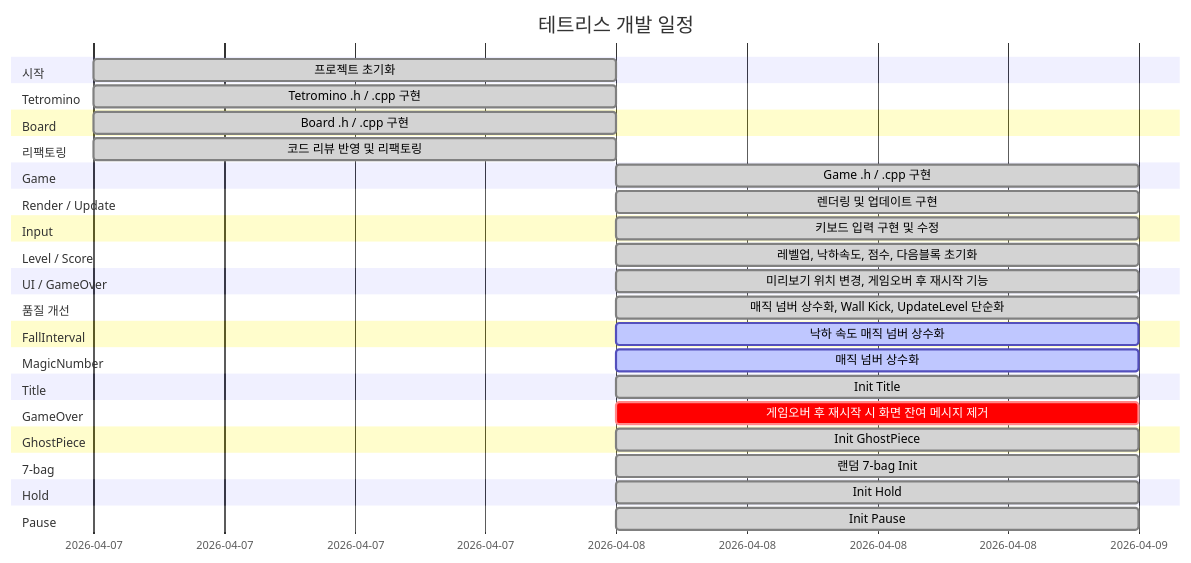
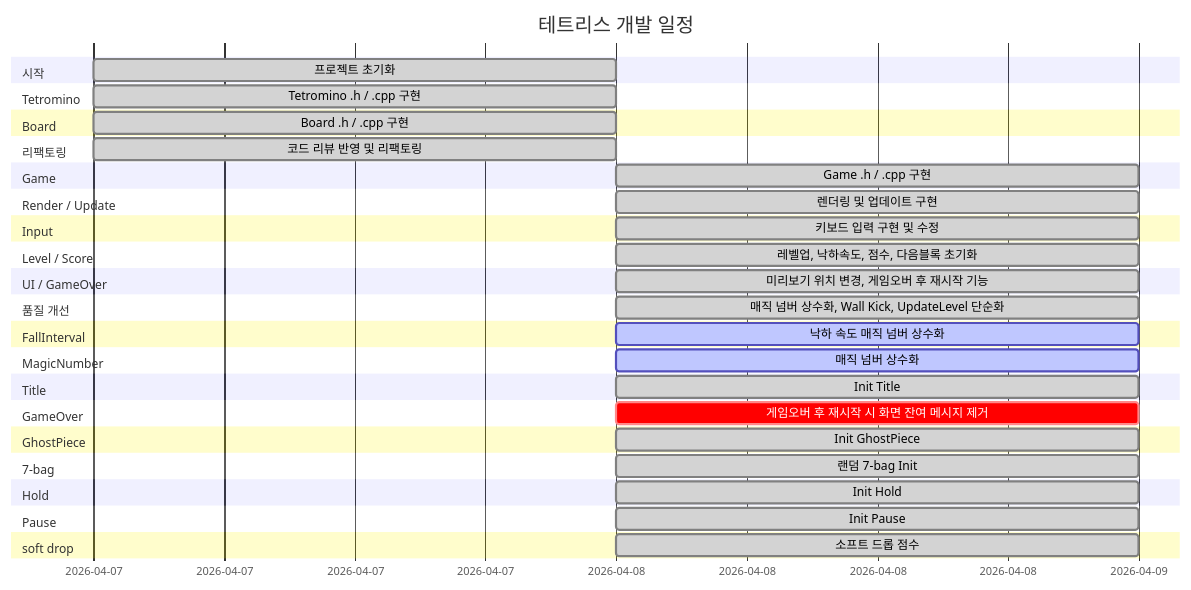
Before and after one commit to Chance031/Tetris-cpp: the diagram in README.md, drawn with Mermaid. The commit also changed other lines of this file, not shown here.

Commit message:
docs: README 자동 업데이트 [skip ci]

````diff
--- a/README.md
+++ b/README.md
@@ -27,41 +27,43 @@
 ```mermaid
 gantt
     title 테트리스 개발 일정
     dateFormat YYYY-MM-DD
     section 시작
         프로젝트 초기화 :done, init, 2026-04-07, 1d
     section Tetromino
         Tetromino .h / .cpp 구현 :done, t16803, 2026-04-07, 1d
     section Board
         Board .h / .cpp 구현 :done, t84048, 2026-04-07, 1d
     section 리팩토링
         코드 리뷰 반영 및 리팩토링 :done, refactor, 2026-04-07, 1d
     section Game
         Game .h / .cpp 구현 :done, t91896, 2026-04-08, 1d
     section Render / Update
         렌더링 및 업데이트 구현 :done, t47867, 2026-04-08, 1d
     section Input
         키보드 입력 구현 및 수정 :done, t8258, 2026-04-08, 1d
     section Level / Score
         레벨업, 낙하속도, 점수, 다음블록 초기화 :done, t44367, 2026-04-08, 1d
     section UI / GameOver
         미리보기 위치 변경, 게임오버 후 재시작 기능 :done, t55123, 2026-04-08, 1d
     section 품질 개선
         매직 넘버 상수화, Wall Kick, UpdateLevel 단순화 :done, t66234, 2026-04-08, 1d
     section FallInterval
         낙하 속도 매직 넘버 상수화 :active, t66782, 2026-04-08, 1d
     section MagicNumber
         매직 넘버 상수화 :active, t23180, 2026-04-08, 1d
     section Title
         Init Title :done, t45140, 2026-04-08, 1d
     section GameOver
         게임오버 후 재시작 시 화면 잔여 메시지 제거 :crit, t96693, 2026-04-08, 1d
     section GhostPiece
         Init GhostPiece :done, t88826, 2026-04-08, 1d
     section 7-bag
         랜덤 7-bag Init :done, t21893, 2026-04-08, 1d
     section Hold
         Init Hold :done, t97044, 2026-04-08, 1d
     section Pause
         Init Pause :done, t97166, 2026-04-08, 1d
+    section soft drop
+        소프트 드롭 점수 :done, t4875, 2026-04-08, 1d
 ```
````
